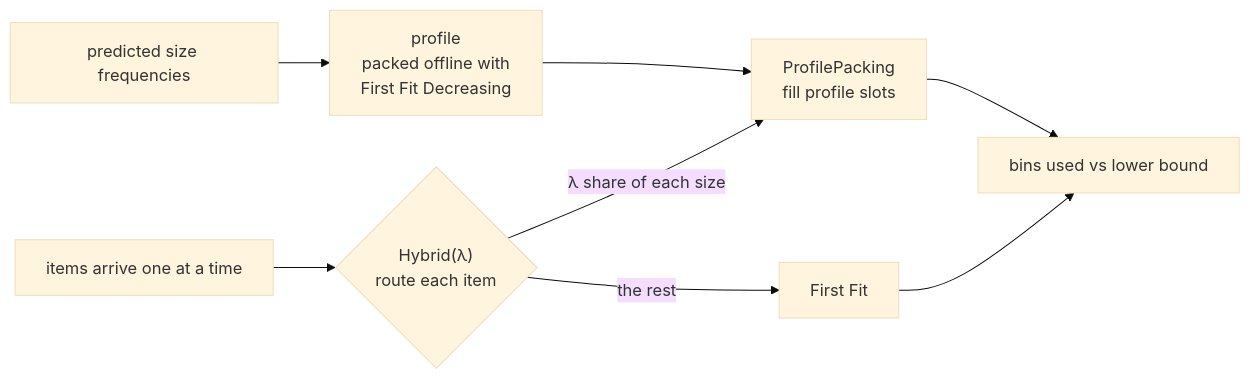
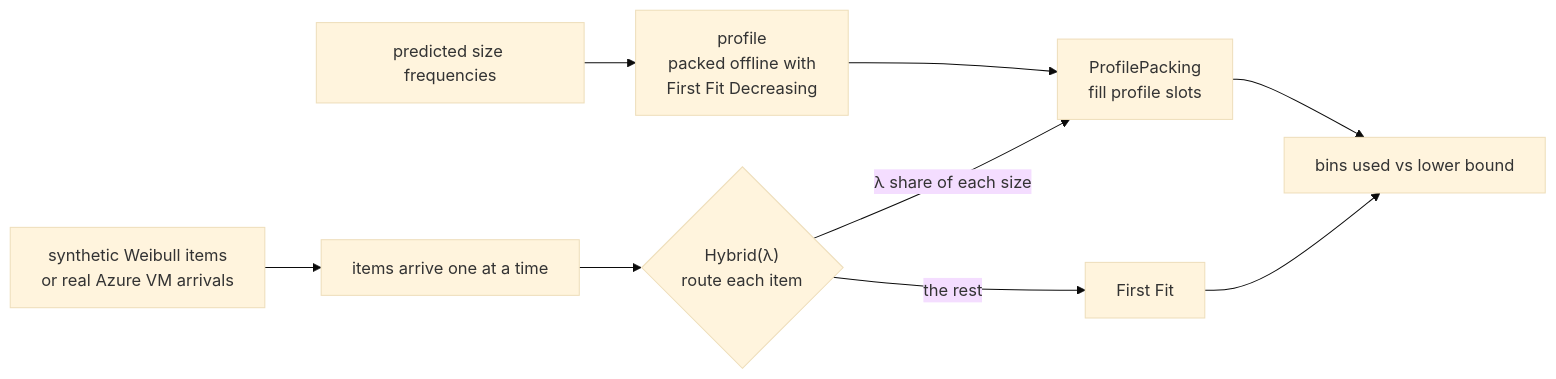
Before and after one commit to John-Ferd/bin-packing-predictions: the diagram in README.md, drawn with Mermaid (base theme). The commit also changed other lines of this file and 7 other files, not shown here.

First line of the commit message:
Add real-data demo on the Azure VM packing trace

````diff
--- a/README.md
+++ b/README.md
@@ -48,10 +82,11 @@
 ```mermaid
 flowchart LR
   P["predicted size frequencies"] --> PR["profile<br/>packed offline with<br/>First Fit Decreasing"]
-  I["items arrive one at a time"] --> H{"Hybrid(λ)<br/>route each item"}
+  W["synthetic Weibull items<br/>or real Azure VM arrivals"] --> I["items arrive one at a time"]
+  I --> H{"Hybrid(λ)<br/>route each item"}
   H -->|"λ share of each size"| PP["ProfilePacking<br/>fill profile slots"]
   H -->|"the rest"| FF["First Fit"]
   PR --> PP
   PP --> B["bins used vs lower bound"]
   FF --> B
 ```
````
